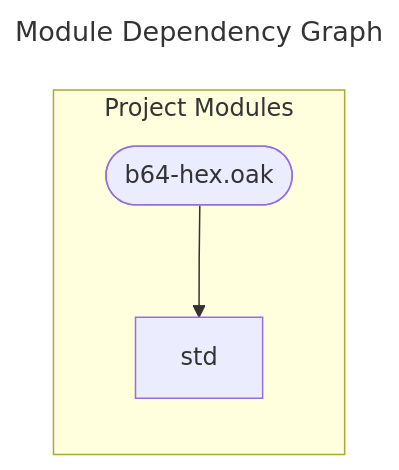
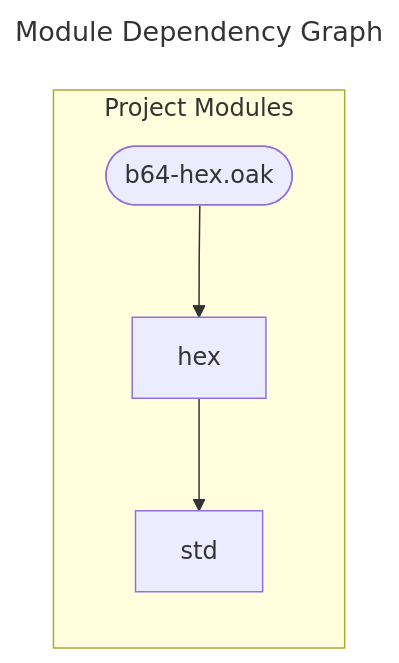
One commit to SpcFORK/magnolia changed the diagram in docs/spec/b64-hex.mmd. Above: the diagram before and after it, drawn with Mermaid. The commit also changed 289 other files, not shown here.

```diff
--- a/docs/spec/b64-hex.mmd
+++ b/docs/spec/b64-hex.mmd
@@ -1,9 +1,11 @@
 ---
 title: Module Dependency Graph
 ---
 flowchart LR
     subgraph project_modules ["Project Modules"]
         lib_b64_hex_oak(["b64-hex.oak"])
+        hex["hex"]
         std["std"]
     end
-    lib_b64_hex_oak --> std
+    lib_b64_hex_oak --> hex
+    hex --> std
```
